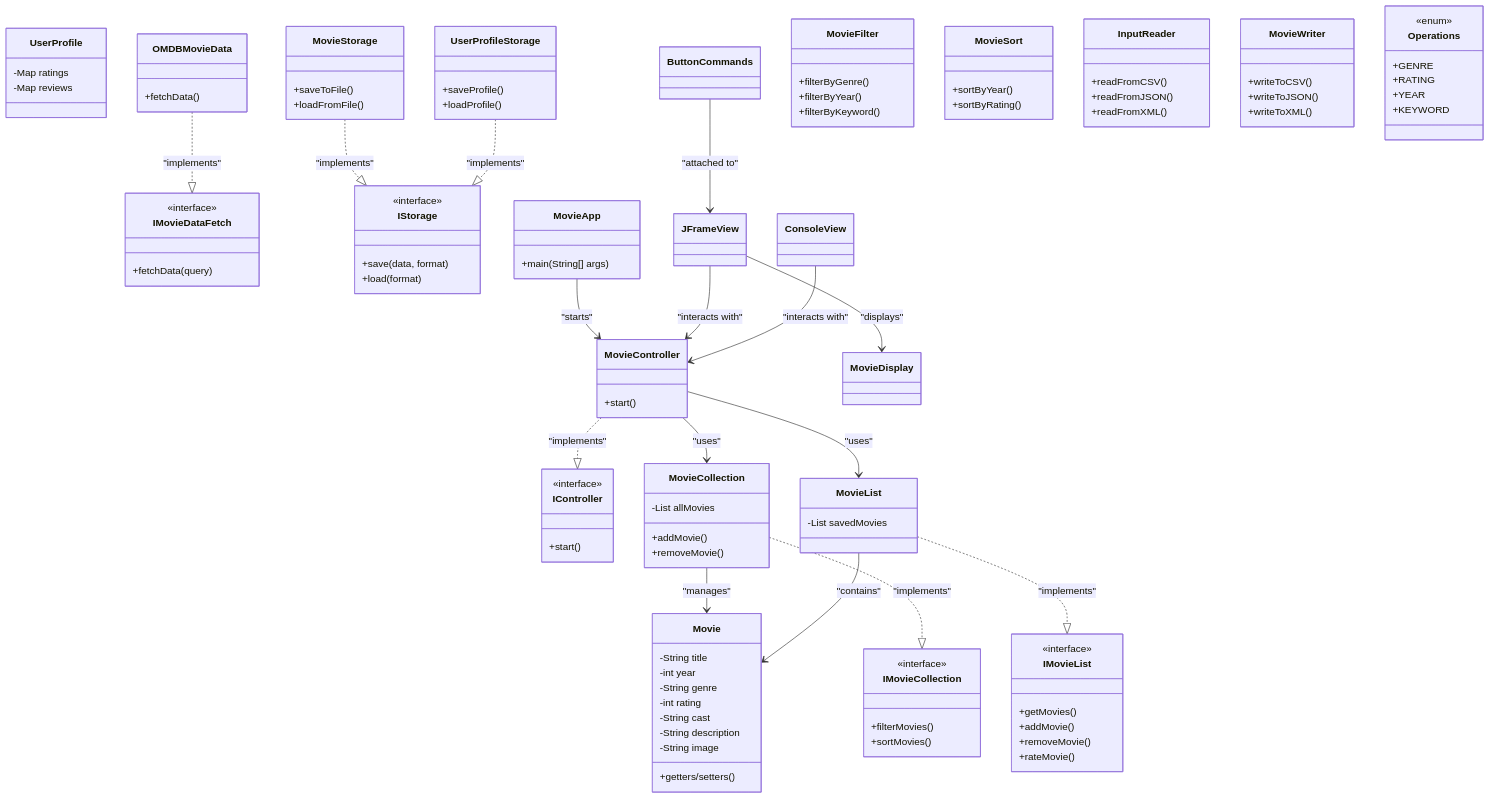
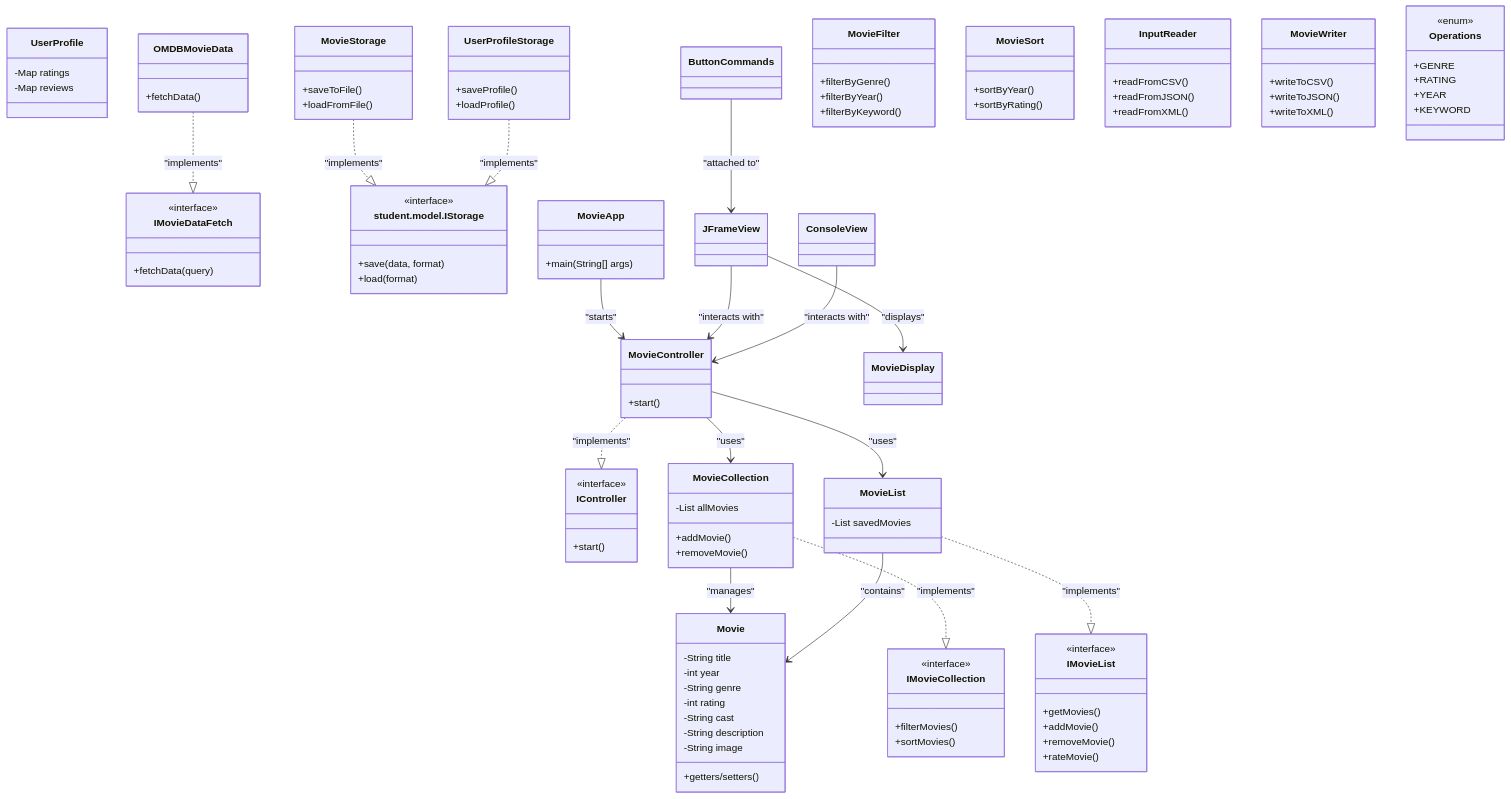
One commit to Sp25-CS5004-Online-Lionelle/final-project-group-5 changed the diagram in Project Proposal.md. Above: the diagram before and after it, drawn with Mermaid. The commit also changed other lines of this file and 1 other file, not shown here.

Commit message:
moved IStorage from limbo to Model

```diff
--- a/Project Proposal.md
+++ b/Project Proposal.md
@@ -152,7 +152,7 @@
   <<interface>>
   +fetchData(query)
 }
-class IStorage {
+class student.model.IStorage {
   <<interface>>
   +save(data, format)
   +load(format)
@@ -251,8 +251,8 @@
 MovieCollection ..|> IMovieCollection : "implements"
 MovieList ..|> IMovieList : "implements"
 OMDBMovieData ..|> IMovieDataFetch : "implements"
-MovieStorage ..|> IStorage : "implements"
-UserProfileStorage ..|> IStorage : "implements"
+MovieStorage ..|> student.model.IStorage : "implements"
+UserProfileStorage ..|> student.model.IStorage : "implements"
 MovieController ..|> IController : "implements"
 MovieController --> MovieCollection : "uses"
 MovieController --> MovieList : "uses"
```
